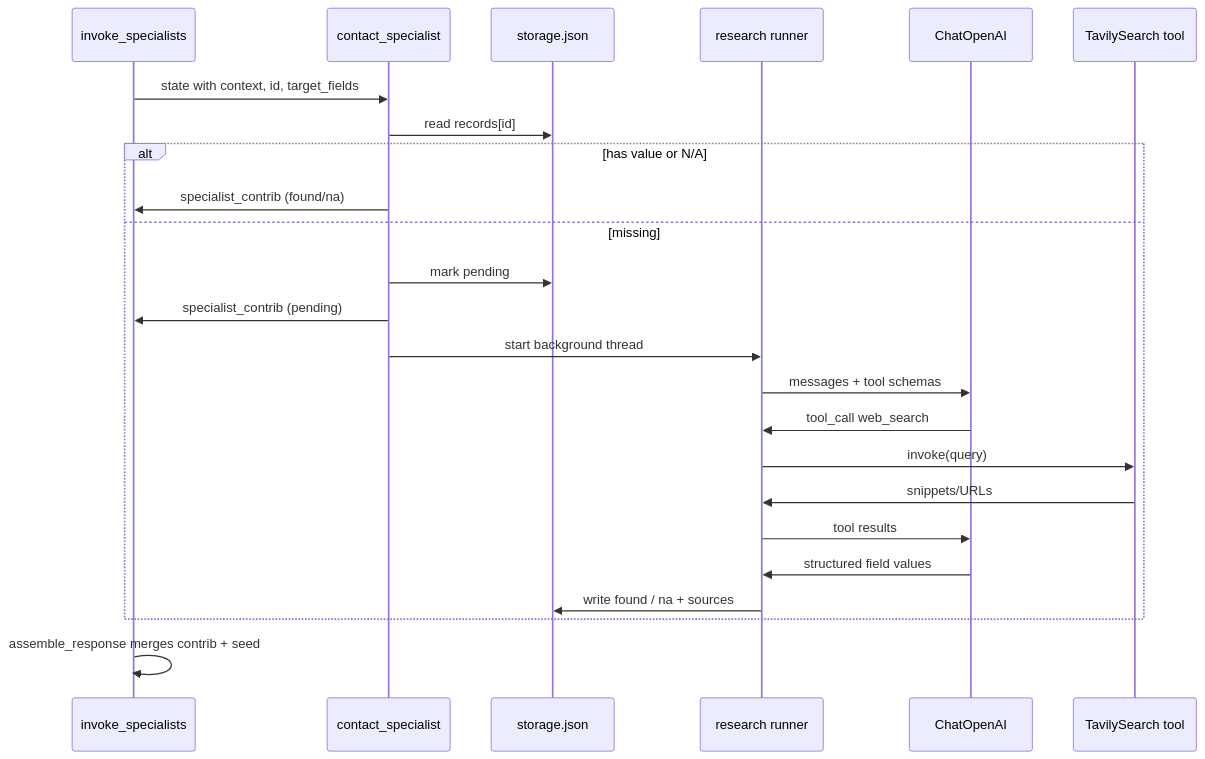
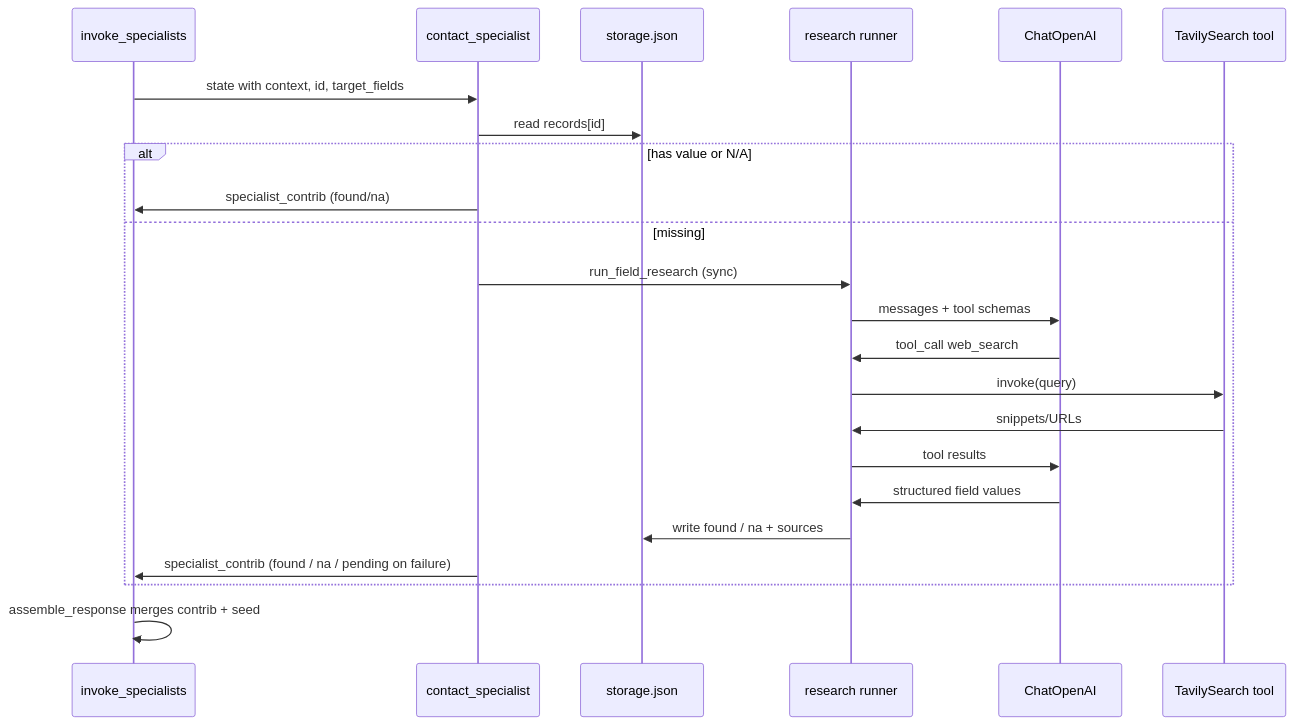
One commit to myceliumdata/mycelium changed the diagram in docs/plans/specialist-research-phase1.md. Above: the diagram before and after it, drawn with Mermaid. The commit also changed other lines of this file and 31 other files, not shown here.

First line of the commit message:
feat: Phase 1 sync specialist research (LLM + Tavily)

````diff
--- a/docs/plans/specialist-research-phase1.md
+++ b/docs/plans/specialist-research-phase1.md
@@ -59,27 +59,26 @@
 ```mermaid
 sequenceDiagram
     participant Graph as invoke_specialists
     participant Spec as contact_specialist
     participant Store as storage.json
     participant Res as research runner
     participant LLM as ChatOpenAI
     participant Tavily as TavilySearch tool
 
     Graph->>Spec: state with context, id, target_fields
     Spec->>Store: read records[id]
     alt has value or N/A
         Spec->>Graph: specialist_contrib (found/na)
     else missing
-        Spec->>Store: mark pending
-        Spec->>Graph: specialist_contrib (pending)
-        Spec->>Res: start background thread
+        Spec->>Res: run_field_research (sync)
         Res->>LLM: messages + tool schemas
         LLM->>Res: tool_call web_search
         Res->>Tavily: invoke(query)
         Tavily->>Res: snippets/URLs
         Res->>LLM: tool results
         LLM->>Res: structured field values
         Res->>Store: write found / na + sources
+        Spec->>Graph: specialist_contrib (found / na / pending on failure)
     end
     Graph->>Graph: assemble_response merges contrib + seed
 ```
````
